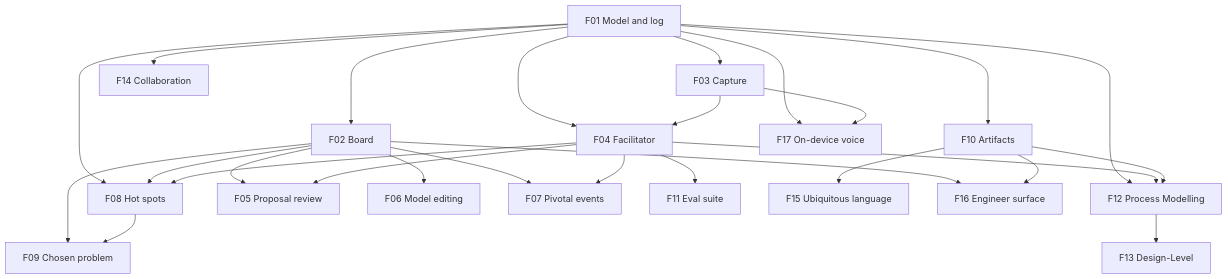
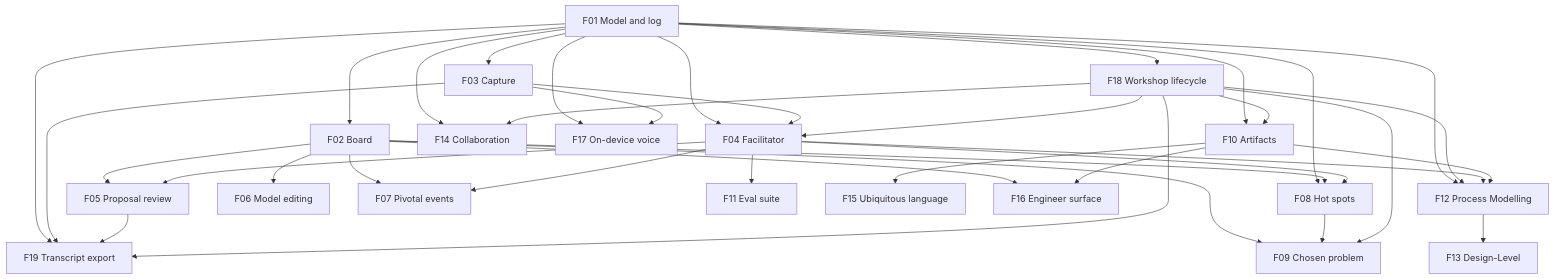
Before and after one commit to vinialbano/eventstormer: the diagram in docs/product/PRD.md, drawn with Mermaid. The commit also changed other lines of this file and 24 other files, not shown here.

````diff
--- a/docs/product/PRD.md
+++ b/docs/product/PRD.md
@@ -590,29 +699,39 @@
 ```mermaid
 graph TD
   F01[F01 Model and log] --> F02[F02 Board]
   F01 --> F03[F03 Capture]
+  F01 --> F18[F18 Workshop lifecycle]
   F01 --> F04[F04 Facilitator]
   F03 --> F04
+  F18 --> F04
   F01 --> F08[F08 Hot spots]
   F01 --> F10[F10 Artifacts]
+  F18 --> F10
   F01 --> F12[F12 Process Modelling]
+  F18 --> F12
   F01 --> F14[F14 Collaboration]
+  F18 --> F14
   F02 --> F05[F05 Proposal review]
   F04 --> F05
   F02 --> F06[F06 Model editing]
   F02 --> F07[F07 Pivotal events]
   F04 --> F07
   F02 --> F08
   F04 --> F08
   F02 --> F09[F09 Chosen problem]
   F08 --> F09
+  F18 --> F09
   F04 --> F11[F11 Eval suite]
   F04 --> F12
   F10 --> F12
   F12 --> F13[F13 Design-Level]
   F10 --> F15[F15 Ubiquitous language]
   F02 --> F16[F16 Engineer surface]
   F10 --> F16
   F01 --> F17[F17 On-device voice]
   F03 --> F17
+  F01 --> F19[F19 Transcript export]
+  F03 --> F19
+  F05 --> F19
+  F18 --> F19
 ```
````
